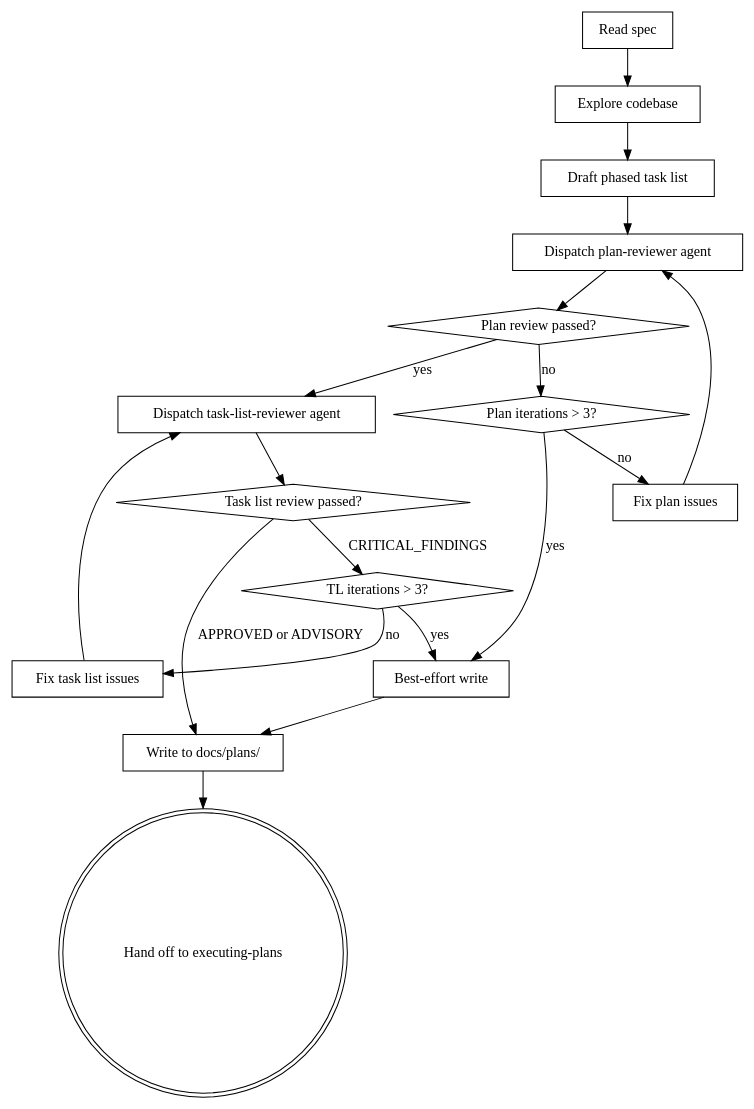
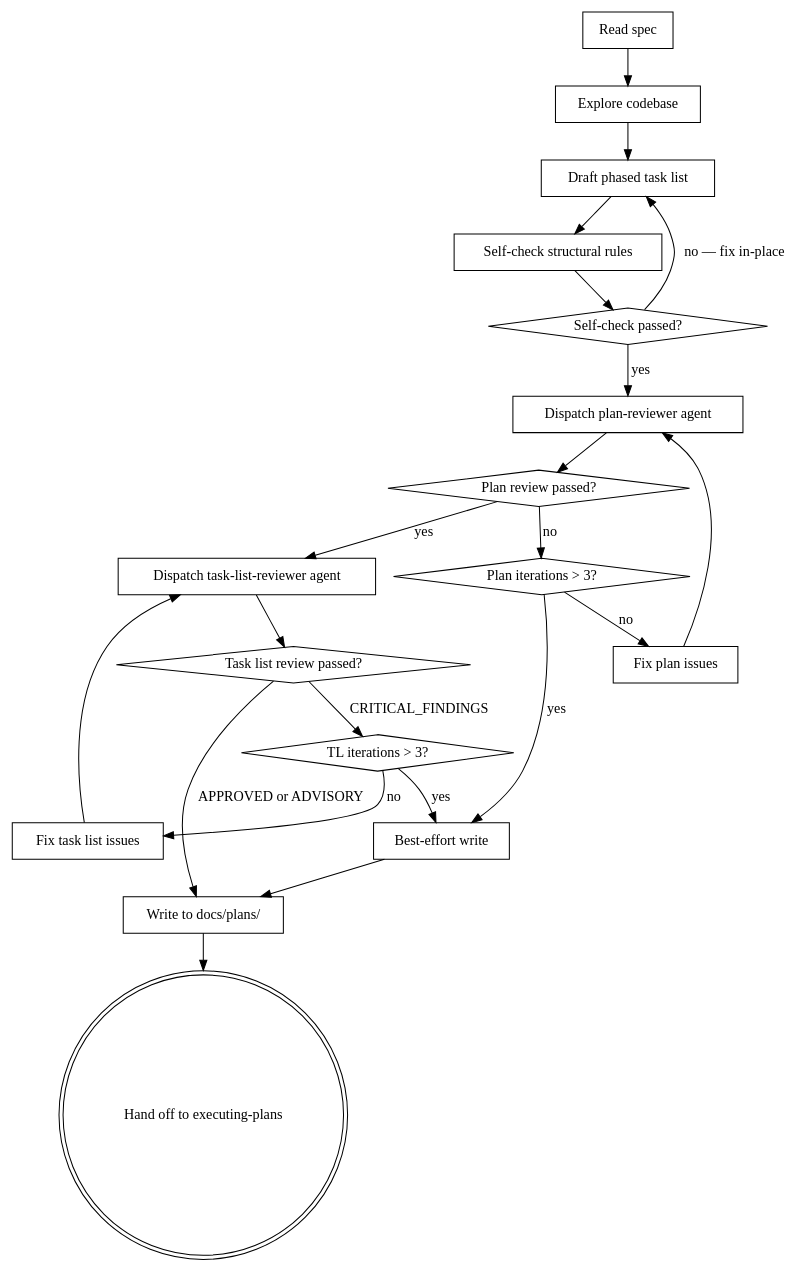
The diagram in skills/decomposing-specs/SKILL.md (xmtplabs/code-factory), drawn with Graphviz before and after one commit. The commit also changed other lines of this file and 4 other files, not shown here.

First line of the commit message:
Add decomposer self-check and fix cycle template

````diff
--- a/skills/decomposing-specs/SKILL.md
+++ b/skills/decomposing-specs/SKILL.md
@@ -12,36 +12,41 @@
 ```dot
 digraph decompose {
     "Read spec" [shape=box];
     "Explore codebase" [shape=box];
     "Draft phased task list" [shape=box];
+    "Self-check structural rules" [shape=box];
+    "Self-check passed?" [shape=diamond];
     "Dispatch plan-reviewer agent" [shape=box];
     "Plan review passed?" [shape=diamond];
     "Fix plan issues" [shape=box];
     "Plan iterations > 3?" [shape=diamond];
     "Dispatch task-list-reviewer agent" [shape=box];
     "Task list review passed?" [shape=diamond];
     "Fix task list issues" [shape=box];
     "TL iterations > 3?" [shape=diamond];
     "Best-effort write" [shape=box];
     "Write to docs/plans/" [shape=box];
     "Hand off to executing-plans" [shape=doublecircle];
 
     "Read spec" -> "Explore codebase";
     "Explore codebase" -> "Draft phased task list";
-    "Draft phased task list" -> "Dispatch plan-reviewer agent";
+    "Draft phased task list" -> "Self-check structural rules";
+    "Self-check structural rules" -> "Self-check passed?";
+    "Self-check passed?" -> "Draft phased task list" [label="no — fix in-place"];
+    "Self-check passed?" -> "Dispatch plan-reviewer agent" [label="yes"];
     "Dispatch plan-reviewer agent" -> "Plan review passed?";
     "Plan review passed?" -> "Dispatch task-list-reviewer agent" [label="yes"];
     "Plan review passed?" -> "Plan iterations > 3?" [label="no"];
     "Plan iterations > 3?" -> "Fix plan issues" [label="no"];
     "Plan iterations > 3?" -> "Best-effort write" [label="yes"];
     "Fix plan issues" -> "Dispatch plan-reviewer agent";
     "Dispatch task-list-reviewer agent" -> "Task list review passed?";
     "Task list review passed?" -> "Write to docs/plans/" [label="APPROVED or ADVISORY"];
     "Task list review passed?" -> "TL iterations > 3?" [label="CRITICAL_FINDINGS"];
     "TL iterations > 3?" -> "Fix task list issues" [label="no"];
     "TL iterations > 3?" -> "Best-effort write" [label="yes"];
     "Fix task list issues" -> "Dispatch task-list-reviewer agent";
     "Best-effort write" -> "Write to docs/plans/";
     "Write to docs/plans/" -> "Hand off to executing-plans";
 }
 ```
````
